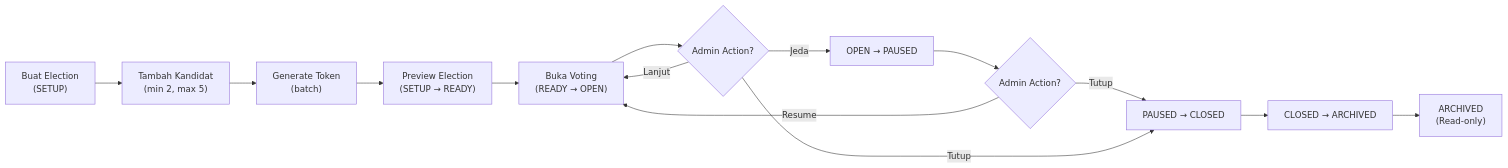
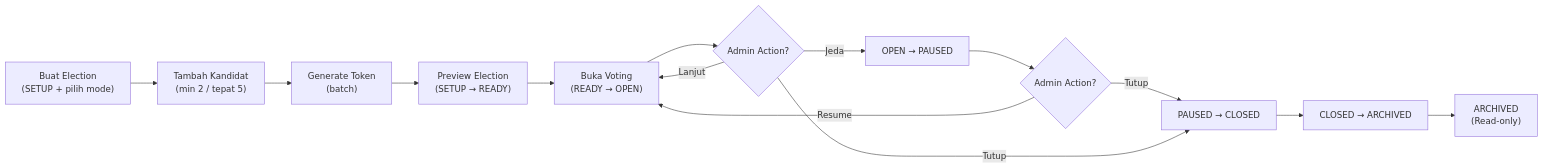
Before and after one commit to Claritys11/web-pilketos: the fifth of 9 diagrams in docs/04_UI_UX_SPECIFICATION.md, drawn with Mermaid. The commit also changed other lines of this file and 35 other files, not shown here.

````diff
--- a/docs/04_UI_UX_SPECIFICATION.md
+++ b/docs/04_UI_UX_SPECIFICATION.md
@@ -215,16 +215,16 @@
 ```mermaid
 flowchart LR
-    A["Buat Election\n(SETUP)"] --> B["Tambah Kandidat\n(min 2, max 5)"]
+    A["Buat Election\n(SETUP + pilih mode)"] --> B["Tambah Kandidat\n(min 2 / tepat 5)"]
     B --> C["Generate Token\n(batch)"]
     C --> D["Preview Election\n(SETUP → READY)"]
     D --> E["Buka Voting\n(READY → OPEN)"]
     E --> F{Admin Action?}
     F -->|Jeda| G["OPEN → PAUSED"]
     F -->|Lanjut| E
     G --> H{Admin Action?}
     H -->|Resume| E
     H -->|Tutup| I["PAUSED → CLOSED"]
     F -->|Tutup| I
     I --> J["CLOSED → ARCHIVED"]
     J --> K["ARCHIVED\n(Read-only)"]
 ```
````
